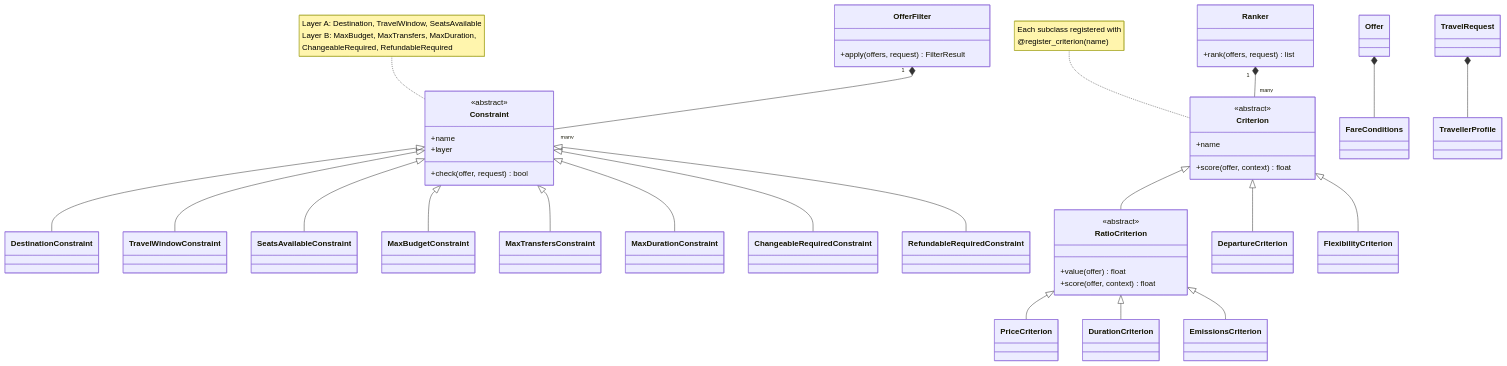
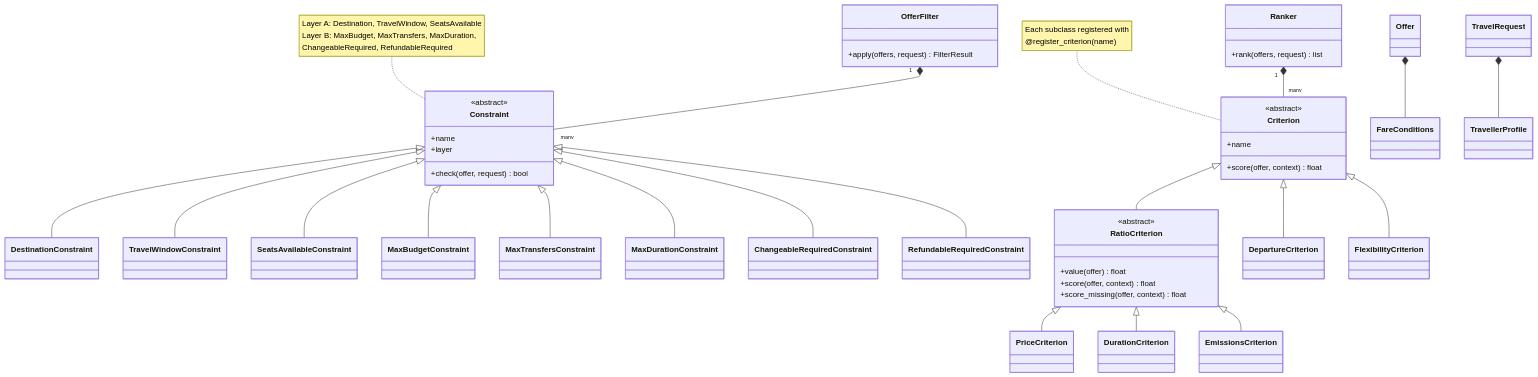
One commit to AndreStaalesen/busbidder-spain changed the diagram in docs/diagrams/classes.md. Above: the diagram before and after it, drawn with Mermaid.

Commit message:
updated class diagram

````diff
--- a/docs/diagrams/classes.md
+++ b/docs/diagrams/classes.md
@@ -1,52 +1,53 @@
 ```mermaid
 classDiagram
     direction TB
 
     class Constraint {
         <<abstract>>
         +name
         +layer
         +check(offer, request) bool
     }
     class OfferFilter {
         +apply(offers, request) FilterResult
     }
     OfferFilter "1" *-- "many" Constraint
 
     Constraint <|-- DestinationConstraint
     Constraint <|-- TravelWindowConstraint
     Constraint <|-- SeatsAvailableConstraint
     Constraint <|-- MaxBudgetConstraint
     Constraint <|-- MaxTransfersConstraint
     Constraint <|-- MaxDurationConstraint
     Constraint <|-- ChangeableRequiredConstraint
     Constraint <|-- RefundableRequiredConstraint
 
     class Criterion {
         <<abstract>>
         +name
         +score(offer, context) float
     }
     class RatioCriterion {
         <<abstract>>
         +value(offer) float
         +score(offer, context) float
+        +score_missing(offer, context) float
     }
     class Ranker {
         +rank(offers, request) list
     }
     Ranker "1" *-- "many" Criterion
 
     Criterion <|-- RatioCriterion
     RatioCriterion <|-- PriceCriterion
     RatioCriterion <|-- DurationCriterion
     RatioCriterion <|-- EmissionsCriterion
     Criterion <|-- DepartureCriterion
     Criterion <|-- FlexibilityCriterion
 
     Offer *-- FareConditions
     TravelRequest *-- TravellerProfile
 
     note for Constraint "Layer A: Destination, TravelWindow, SeatsAvailable<br>Layer B: MaxBudget, MaxTransfers, MaxDuration,<br>ChangeableRequired, RefundableRequired"
     note for Criterion "Each subclass registered with<br>@register_criterion(name)"
 ```
````
